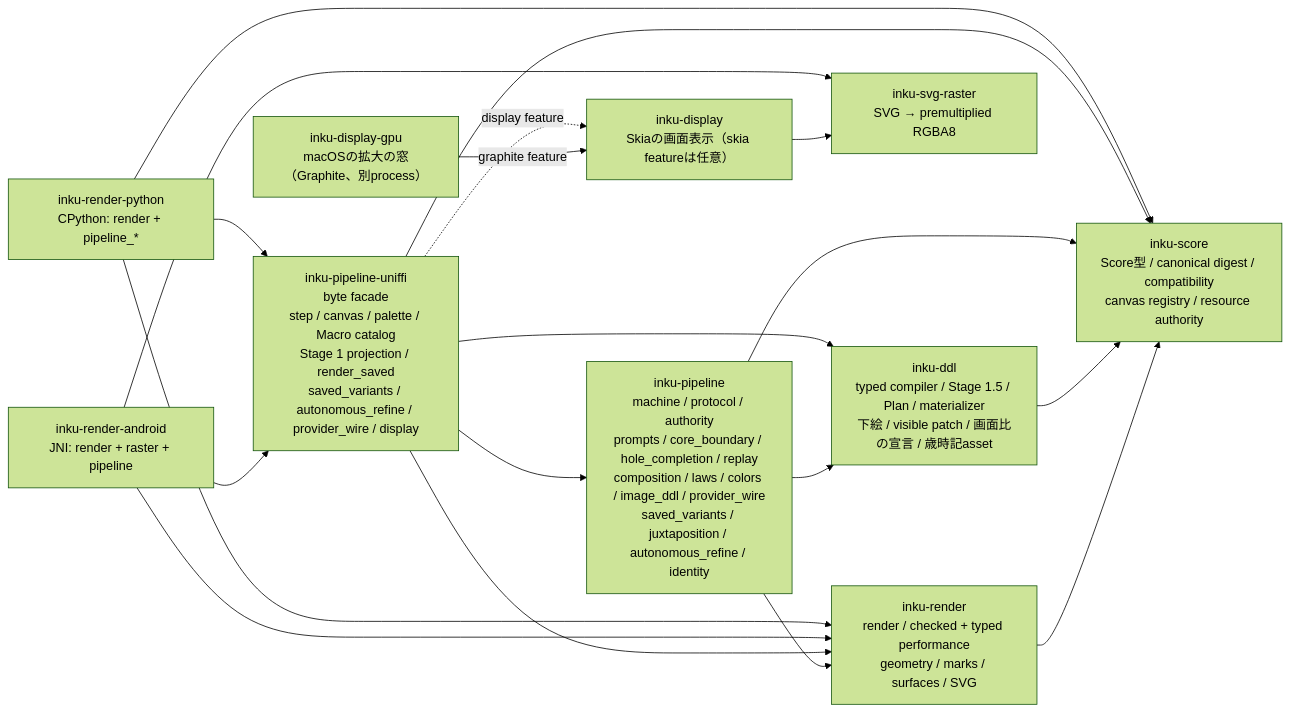
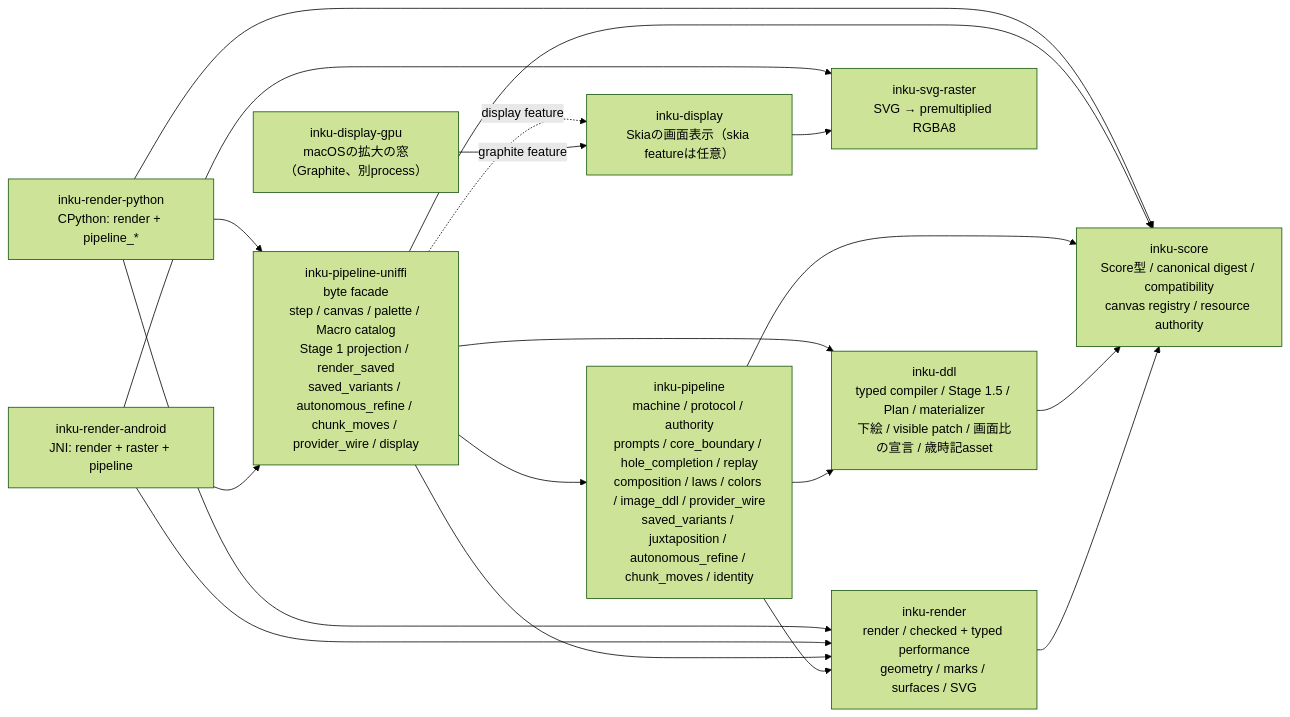
One commit to oikawas/inku-lang changed the fourth of 5 diagrams in docs/architecture/server-components.ja.md. Above: the diagram before and after it, drawn with Mermaid (forest theme). The commit also changed other lines of this file and 19 other files, not shown here.

````diff
--- a/docs/architecture/server-components.ja.md
+++ b/docs/architecture/server-components.ja.md
@@ -151,32 +151,32 @@
 ```mermaid
 flowchart LR
     PYBIND["inku-render-python\nCPython: render + pipeline_*"]
     JNI["inku-render-android\nJNI: render + raster + pipeline"]
-    UNIFFI["inku-pipeline-uniffi\nbyte facade\nstep / canvas / palette / Macro catalog\nStage 1 projection / render_saved\nsaved_variants / autonomous_refine / provider_wire / display"]
-    PIPE["inku-pipeline\nmachine / protocol / authority\nprompts / core_boundary / hole_completion / replay\ncomposition / laws / colors / image_ddl / provider_wire\nsaved_variants / juxtaposition / autonomous_refine / identity"]
+    UNIFFI["inku-pipeline-uniffi\nbyte facade\nstep / canvas / palette / Macro catalog\nStage 1 projection / render_saved\nsaved_variants / autonomous_refine / chunk_moves / provider_wire / display"]
+    PIPE["inku-pipeline\nmachine / protocol / authority\nprompts / core_boundary / hole_completion / replay\ncomposition / laws / colors / image_ddl / provider_wire\nsaved_variants / juxtaposition / autonomous_refine / chunk_moves / identity"]
     DDL["inku-ddl\ntyped compiler / Stage 1.5 / Plan / materializer\n下絵 / visible patch / 画面比の宣言 / 歳時記asset"]
     DISPLAY["inku-display\nSkiaの画面表示（skia featureは任意）"]
     DISPLAY_GPU["inku-display-gpu\nmacOSの拡大の窓（Graphite、別process）"]
     SCORE["inku-score\nScore型 / canonical digest / compatibility\ncanvas registry / resource authority"]
     RENDER["inku-render\nrender / checked + typed performance\ngeometry / marks / surfaces / SVG"]
     RASTER["inku-svg-raster\nSVG → premultiplied RGBA8"]
 
     PYBIND --> UNIFFI
     PYBIND --> RENDER
     PYBIND --> SCORE
     JNI --> UNIFFI
     JNI --> RENDER
     JNI --> RASTER
     UNIFFI --> PIPE
     UNIFFI --> DDL
     UNIFFI --> SCORE
     UNIFFI --> RENDER
     PIPE --> DDL
     PIPE --> RENDER
     PIPE --> SCORE
     DDL --> SCORE
     RENDER --> SCORE
     UNIFFI -.->|"display feature"| DISPLAY
     DISPLAY --> RASTER
     DISPLAY_GPU -->|"graphite feature"| DISPLAY
 ```
````
